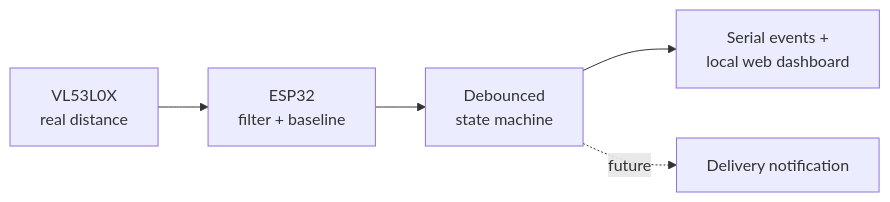
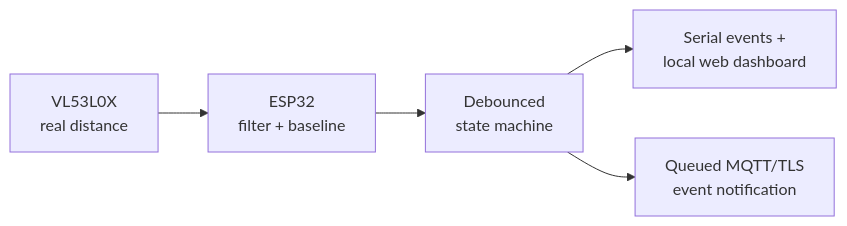
The diagram in README.md (jonathanliyou0623-wq/smart-package-detector), drawn with Mermaid before and after one commit. The commit also changed other lines of this file and 3 other files, not shown here.

Commit message:
docs: record real MQTT TLS delivery test

````diff
--- a/README.md
+++ b/README.md
@@ -57,7 +60,7 @@
 ```mermaid
 flowchart LR
     A[VL53L0X<br/>real distance] --> B[ESP32<br/>filter + baseline]
     B --> C[Debounced<br/>state machine]
     C --> D[Serial events +<br/>local web dashboard]
-    C -. future .-> E[Delivery notification]
+    C --> E[Queued MQTT/TLS<br/>event notification]
 ```
````
